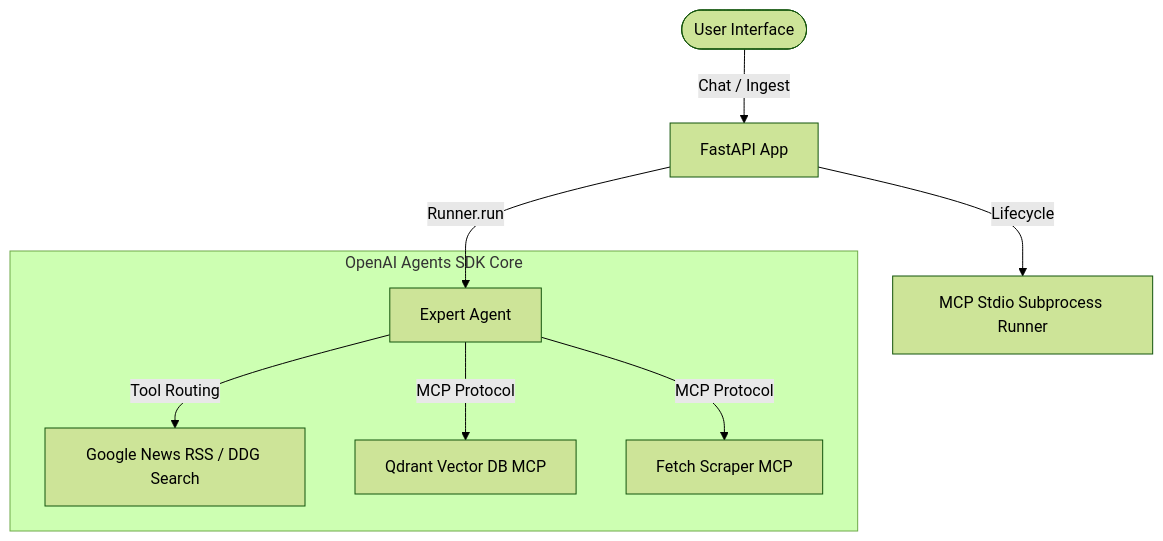
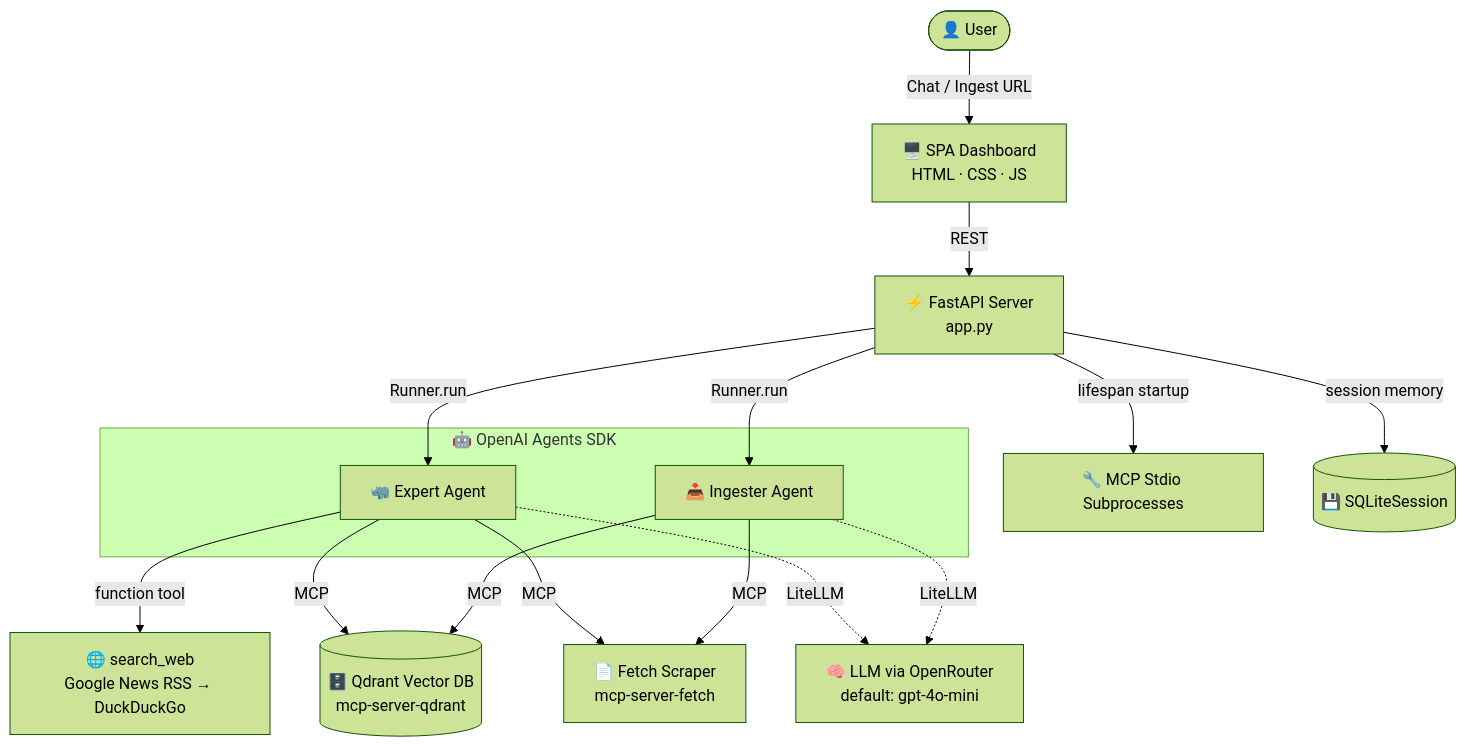
Before and after one commit to sandhya-bdb/expert-rhino-agentic-rag: the first of 2 diagrams in README.md, drawn with Mermaid (forest theme). The commit also changed other lines of this file, not shown here.

First line of the commit message:
Rewrite README with detailed architecture, API, eval results and setup guide (#1)

````diff
--- a/README.md
+++ b/README.md
@@ -43,13 +139,24 @@
 ```mermaid
-graph TD
-    User([User Interface]) -->|Chat / Ingest| FastAPI[FastAPI App]
-    FastAPI -->|Lifecycle| MCPServer[MCP Stdio Subprocess Runner]
-    
-    subgraph Agentic Loop [OpenAI Agents SDK Core]
-        Agent[Expert Agent] -->|Tool Routing| SearchTool[Google News RSS / DDG Search]
-        Agent -->|MCP Protocol| Qdrant[Qdrant Vector DB MCP]
-        Agent -->|MCP Protocol| Fetch[Fetch Scraper MCP]
+flowchart TD
+    U([👤 User]) -->|Chat / Ingest URL| UI[🖥️ SPA Dashboard<br/>HTML · CSS · JS]
+    UI -->|REST| API[⚡ FastAPI Server<br/>app.py]
+
+    API -->|lifespan startup| MCP[🔧 MCP Stdio Subprocesses]
+    API -->|Runner.run| EXP
+    API -->|Runner.run| ING
+
+    subgraph Agents [🤖 OpenAI Agents SDK]
+        EXP[🦏 Expert Agent]
+        ING[📥 Ingester Agent]
     end
 
-    FastAPI -->|Runner.run| Agent
+    EXP -->|function tool| WEB[🌐 search_web<br/>Google News RSS → DuckDuckGo]
+    EXP -->|MCP| QD[(🗄️ Qdrant Vector DB<br/>mcp-server-qdrant)]
+    EXP -->|MCP| FE[📄 Fetch Scraper<br/>mcp-server-fetch]
+    ING -->|MCP| FE
+    ING -->|MCP| QD
+
+    EXP -.->|LiteLLM| LLM[🧠 LLM via OpenRouter<br/>default: gpt-4o-mini]
+    ING -.->|LiteLLM| LLM
+    API -->|session memory| SQL[(💾 SQLiteSession)]
 ```
````
